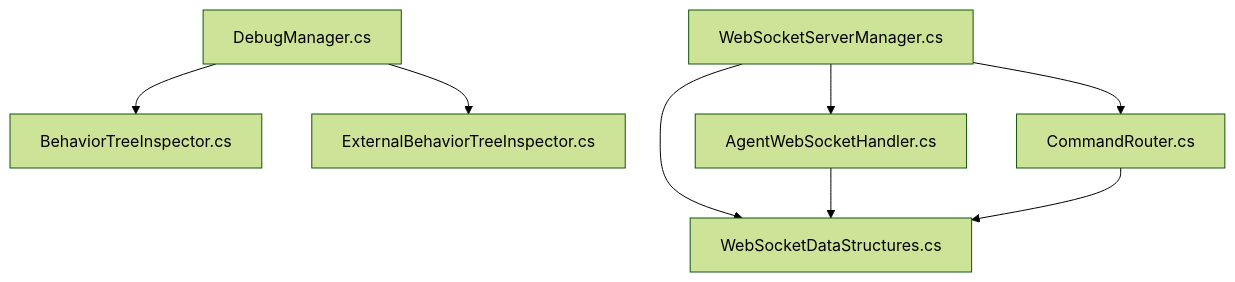
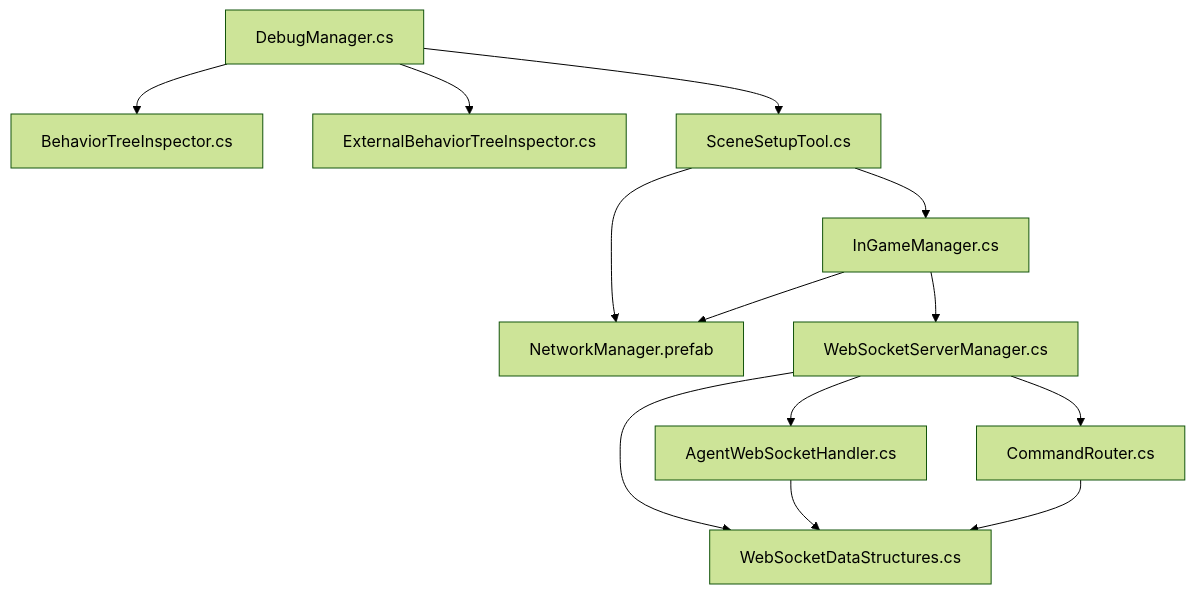
One commit to kandeng/AI-Controlled-battle-game changed the eighth of 8 diagrams in .qoder/repowiki/en/content/Development Tools & Utilities.md. Above: the diagram before and after it, drawn with Mermaid (forest theme). The commit also changed other lines of this file and 376 other files, not shown here.

````diff
--- a/.qoder/repowiki/en/content/Development Tools & Utilities.md
+++ b/.qoder/repowiki/en/content/Development Tools & Utilities.md
@@ -315,17 +414,25 @@
 ```mermaid
 graph TB
 DM["DebugManager.cs"]
 BTI["BehaviorTreeInspector.cs"]
 EBTI["ExternalBehaviorTreeInspector.cs"]
+SST["SceneSetupTool.cs"]
+IGM["InGameManager.cs"]
+NM["NetworkManager.prefab"]
 WSM["WebSocketServerManager.cs"]
 AWSH["AgentWebSocketHandler.cs"]
 WSDS["WebSocketDataStructures.cs"]
 CR["CommandRouter.cs"]
 DM --> BTI
 DM --> EBTI
+DM --> SST
+SST --> IGM
+SST --> NM
+IGM --> NM
+IGM --> WSM
 WSM --> AWSH
 WSM --> WSDS
 WSM --> CR
 AWSH --> WSDS
 CR --> WSDS
 ```
````
